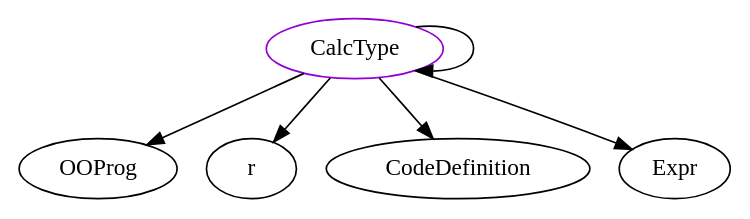
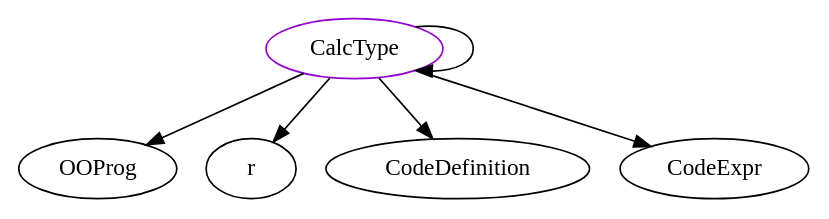
Before and after one commit to JacquesCarette/Drasil: the diagram in analysis/TypeDependencyGraphs/code/CalcType.dot, drawn with Graphviz. The commit also changed 830 other files, not shown here.

```diff
--- a/analysis/TypeDependencyGraphs/code/CalcType.dot
+++ b/analysis/TypeDependencyGraphs/code/CalcType.dot
@@ -1,8 +1,8 @@
 digraph calctype{
 CalcType -> OOProg;
 CalcType -> r;
 CalcType -> CalcType;
 CalcType -> CodeDefinition;
-CalcType -> Expr;
+CalcType -> CodeExpr;
 CalcType	[shape=oval, color=darkviolet, label=CalcType];
 }
```
